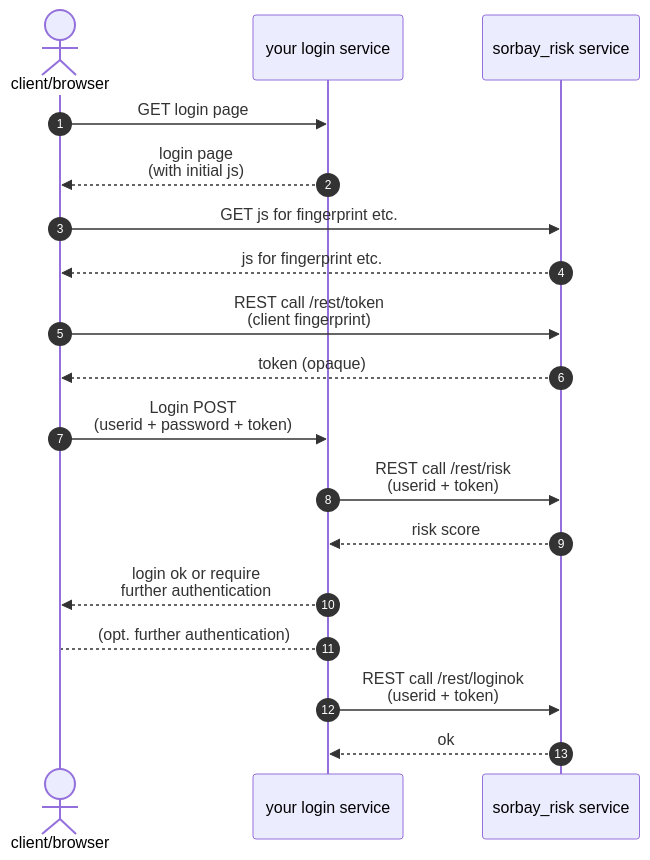
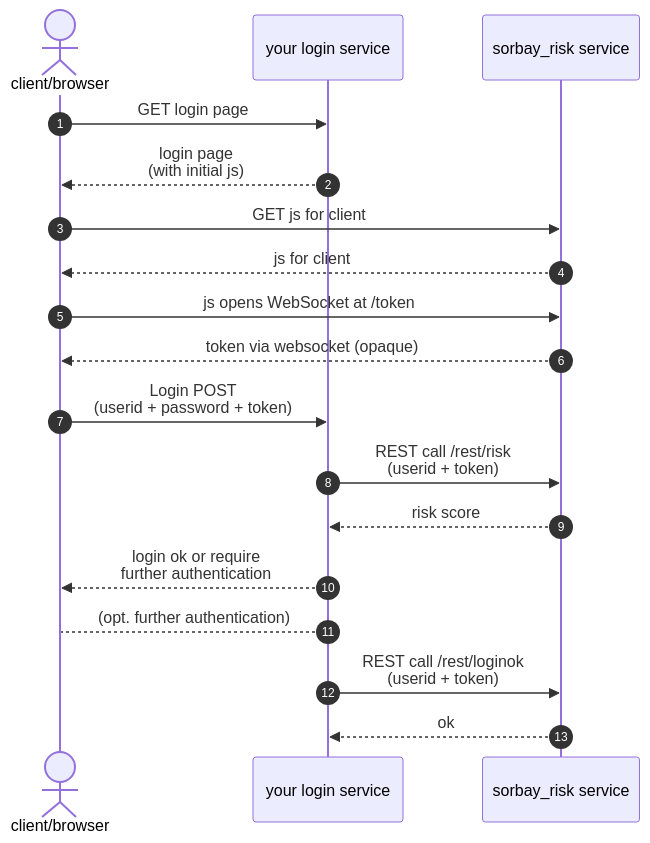
One commit to sorbay/sorbay-documentation changed the diagram in docs/en/sorbay_risk_integration.md. Above: the diagram before and after it, drawn with Mermaid. The commit also changed other lines of this file and 3 other files, not shown here.

````diff
--- a/docs/en/sorbay_risk_integration.md
+++ b/docs/en/sorbay_risk_integration.md
@@ -36,23 +36,23 @@
 ```mermaid
 sequenceDiagram
 
 autonumber
 
 actor client as client/browser
 participant login as your login service
 participant risk as sorbay_risk service
 
 client ->> login: GET login page
 login -->> client: login page<br>(with initial js)
-client ->> risk: GET js for fingerprint etc.
-risk -->> client: js for fingerprint etc.
-client ->> risk: REST call /rest/token<br>(client fingerprint)
-risk -->> client: token (opaque)
+client ->> risk: GET js for client
+risk -->> client: js for client
+client ->> risk: js opens WebSocket at /token
+risk -->> client: token via websocket (opaque)
 client ->> login: Login POST<br>(userid + password + token)
 login ->> risk: REST call /rest/risk<br>(userid + token)
 risk -->> login: risk score
 login -->> client : login ok or require<br>further authentication
 login --> client : (opt. further authentication)
 login ->> risk: REST call /rest/loginok<br>(userid + token)
 risk -->> login: ok
 ```
````
